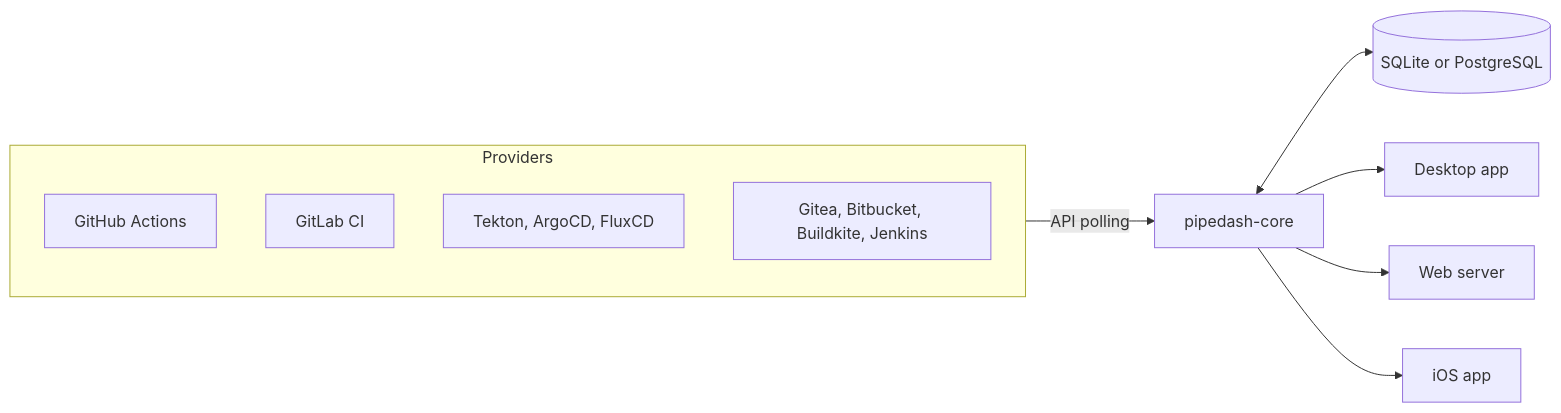
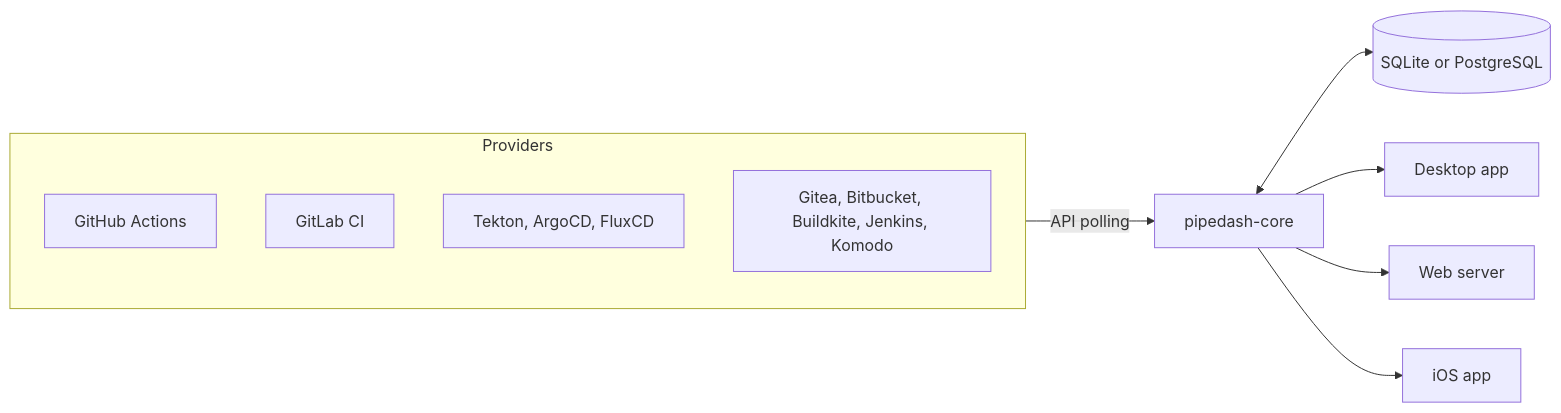
One commit to hcavarsan/pipedash changed the diagram in README.md. Above: the diagram before and after it, drawn with Mermaid. The commit also changed other lines of this file and 17 other files, not shown here.

````diff
--- a/README.md
+++ b/README.md
@@ -84,14 +84,14 @@
 ```mermaid
 flowchart LR
   subgraph Providers
     GH[GitHub Actions]
     GL[GitLab CI]
     K8S[Tekton, ArgoCD, FluxCD]
-    More[Gitea, Bitbucket, Buildkite, Jenkins]
+    More[Gitea, Bitbucket, Buildkite, Jenkins, Komodo]
   end
   Providers -- API polling --> Core[pipedash-core]
   Core <--> DB[(SQLite or PostgreSQL)]
   Core --> Desktop[Desktop app]
   Core --> Web[Web server]
   Core --> iOS[iOS app]
 ```
````
